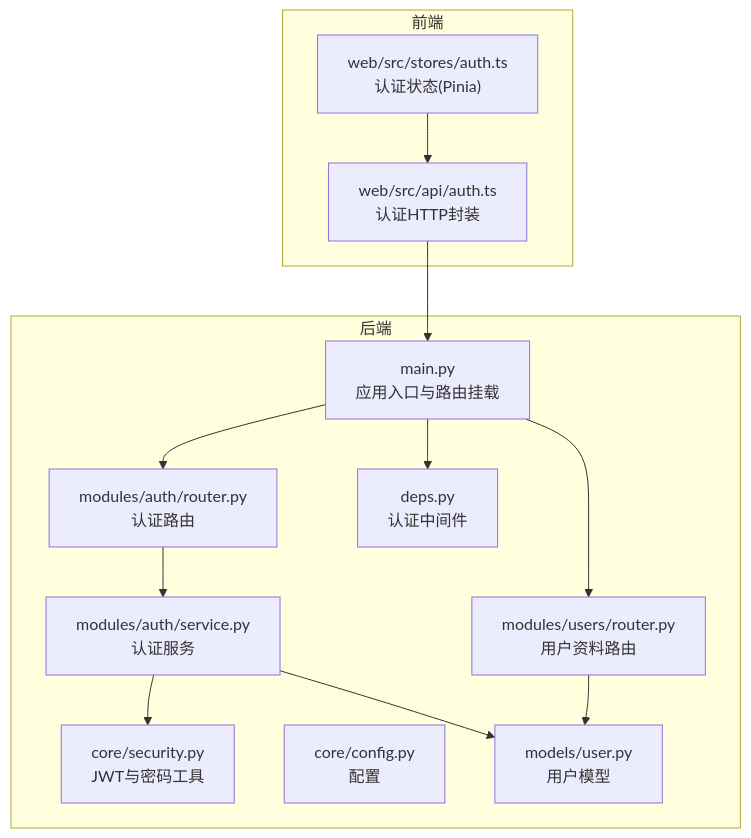
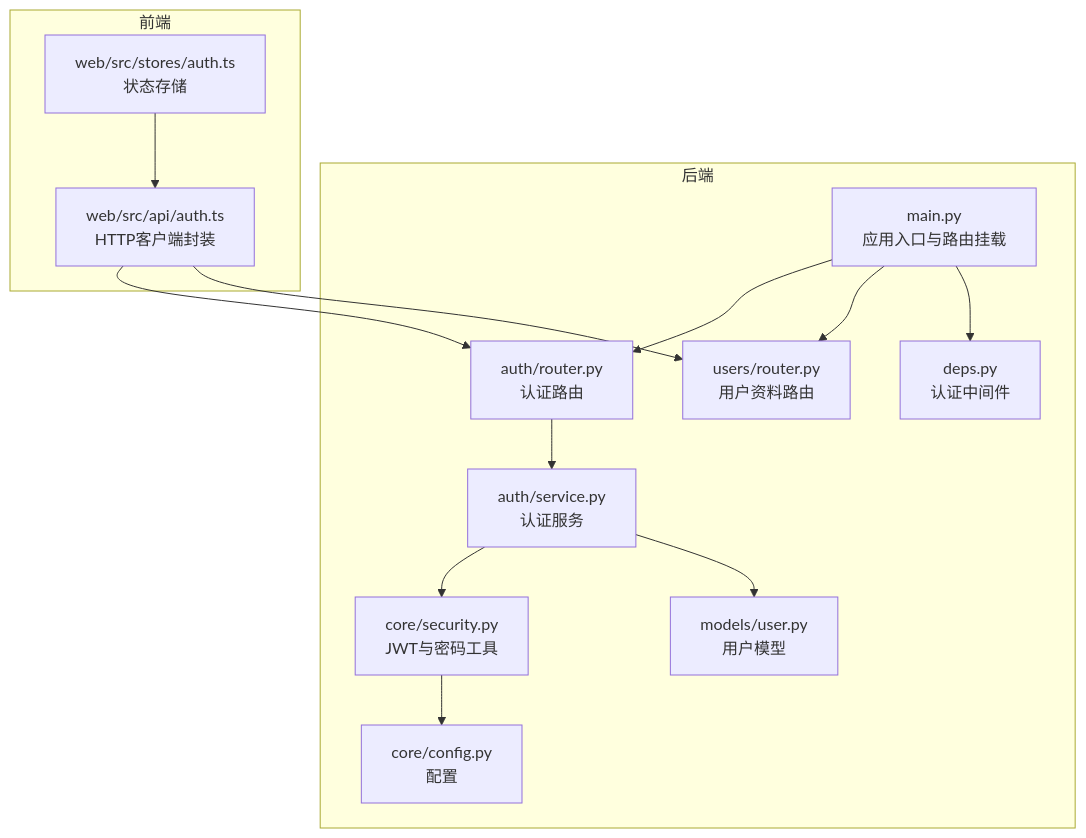
One commit to selectzhangyuan/AI-photo-coach changed the first of 4 diagrams in .qoder/repowiki/zh/content/后端API文档/认证API.md. Above: the diagram before and after it, drawn with Mermaid. The commit also changed other lines of this file and 128 other files, not shown here.

````diff
--- a/.qoder/repowiki/zh/content/后端API文档/认证API.md
+++ b/.qoder/repowiki/zh/content/后端API文档/认证API.md
@@ -59,26 +55,27 @@
 ```mermaid
 graph TB
 subgraph "后端"
 A["main.py<br/>应用入口与路由挂载"]
-B["modules/auth/router.py<br/>认证路由"]
-C["modules/auth/service.py<br/>认证服务"]
+B["auth/router.py<br/>认证路由"]
+C["auth/service.py<br/>认证服务"]
 D["core/security.py<br/>JWT与密码工具"]
 E["core/config.py<br/>配置"]
 F["models/user.py<br/>用户模型"]
 G["deps.py<br/>认证中间件"]
-H["modules/users/router.py<br/>用户资料路由"]
+H["users/router.py<br/>用户资料路由"]
 end
 subgraph "前端"
-I["web/src/api/auth.ts<br/>认证HTTP封装"]
-J["web/src/stores/auth.ts<br/>认证状态(Pinia)"]
+W1["web/src/api/auth.ts<br/>HTTP客户端封装"]
+W2["web/src/stores/auth.ts<br/>状态存储"]
 end
 A --> B
 A --> H
 B --> C
 C --> D
 C --> F
+D --> E
 A --> G
-H --> F
-I --> A
-J --> I
+W1 --> B
+W1 --> H
+W2 --> W1
 ```
````
